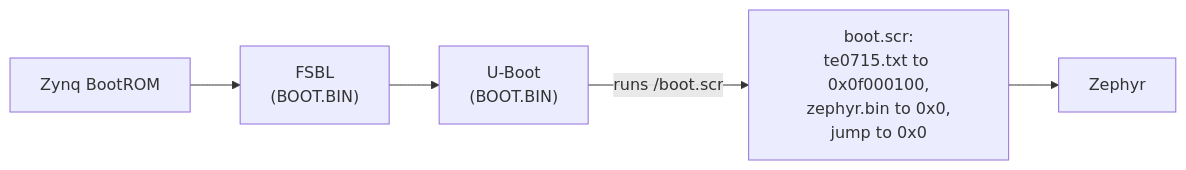
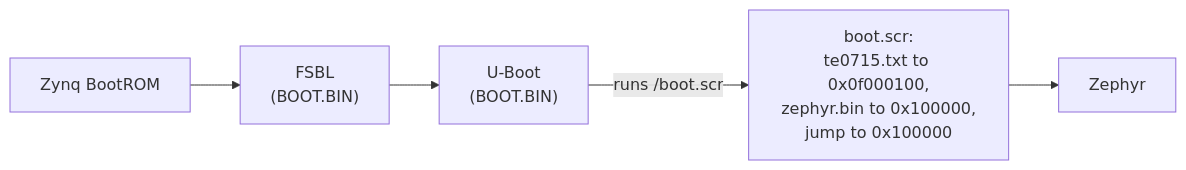
One commit to SiboVG/ZephyrOSTe0715 changed the diagram in docs/guide/boot.md. Above: the diagram before and after it, drawn with Mermaid. The commit also changed 14 other files, not shown here.

````diff
--- a/docs/guide/boot.md
+++ b/docs/guide/boot.md
@@ -32,6 +32,6 @@
 ```mermaid
 flowchart LR
     ROM["Zynq BootROM"] --> FSBL["FSBL<br/>(BOOT.BIN)"] --> UB["U-Boot<br/>(BOOT.BIN)"]
-    UB -- "runs /boot.scr" --> S["boot.scr:<br/>te0715.txt to 0x0f000100,<br/>zephyr.bin to 0x0,<br/>jump to 0x0"]
+    UB -- "runs /boot.scr" --> S["boot.scr:<br/>te0715.txt to 0x0f000100,<br/>zephyr.bin to 0x100000,<br/>jump to 0x100000"]
     S --> Z["Zephyr"]
 ```
````
